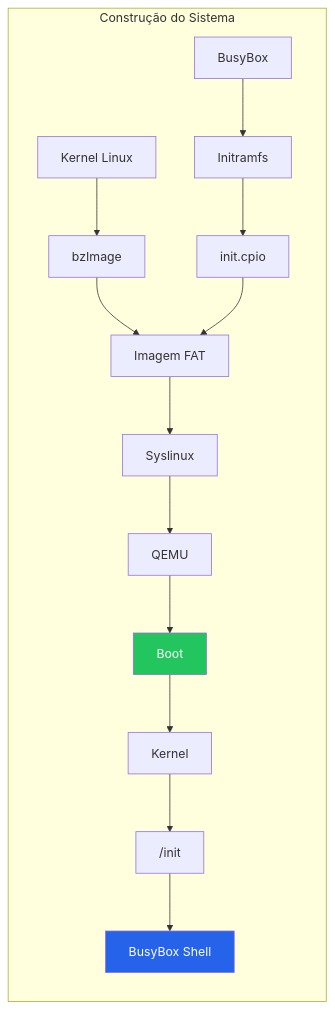
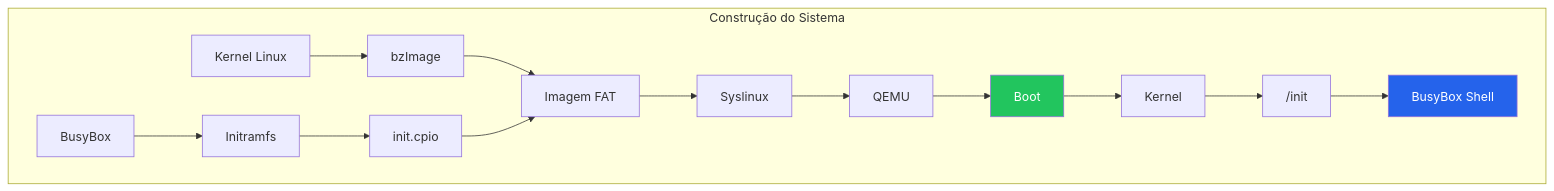
One commit to FelpzzzEX/LecOS changed the diagram in base-inicial.md. Above: the diagram before and after it, drawn with Mermaid.

Commit message:
small change

````diff
--- a/base-inicial.md
+++ b/base-inicial.md
@@ -20,24 +20,24 @@
 ```mermaid
-flowchart LR
+flowchart TD
     subgraph Build["Construção do Sistema"]
       A["Kernel Linux"] --> B["bzImage"]
       C["BusyBox"] --> D["Initramfs"]
       D --> E["init.cpio"]
       B --> F["Imagem FAT"]
       E --> F
       F --> G["Syslinux"]
     end
 
     subgraph Build["Inicializando"]
       H["QEMU"]
       H --> I["Boot"]
       I --> J["Kernel"]
       J --> K["/init"]
       K --> L["BusyBox Shell"]
     end
 
     G --> H
     
     style I fill:#22c55e,color:#fff
     style L fill:#2563eb,color:#fff
 ```
````
